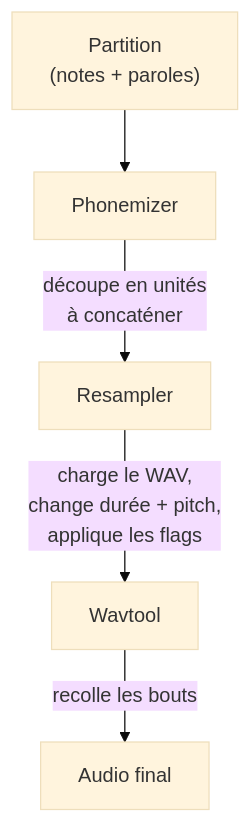
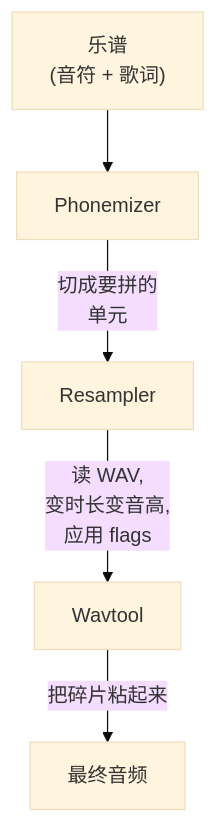
The second of 2 diagrams in public/articles/zh/utau.md (fox3000foxy/fox3000foxy.github.io), drawn with Mermaid (base theme) before and after one commit. The commit also changed other lines of this file and 576 other files, not shown here.

````diff
--- a/public/articles/zh/utau.md
+++ b/public/articles/zh/utau.md
@@ -118,7 +118,7 @@
 ```mermaid
 flowchart TD
-    A["Partition<br/>(notes + paroles)"] --> B[Phonemizer]
-    B -->|"découpe en unités<br/>à concaténer"| C[Resampler]
-    C -->|"charge le WAV,<br/>change durée + pitch,<br/>applique les flags"| D[Wavtool]
-    D -->|"recolle les bouts"| E["Audio final"]
+    A["乐谱<br/>(音符 + 歌词)"] --> B[Phonemizer]
+    B -->|"切成要拼的<br/>单元"| C[Resampler]
+    C -->|"读 WAV,<br/>变时长变音高,<br/>应用 flags"| D[Wavtool]
+    D -->|"把碎片粘起来"| E["最终音频"]
 ```
````
